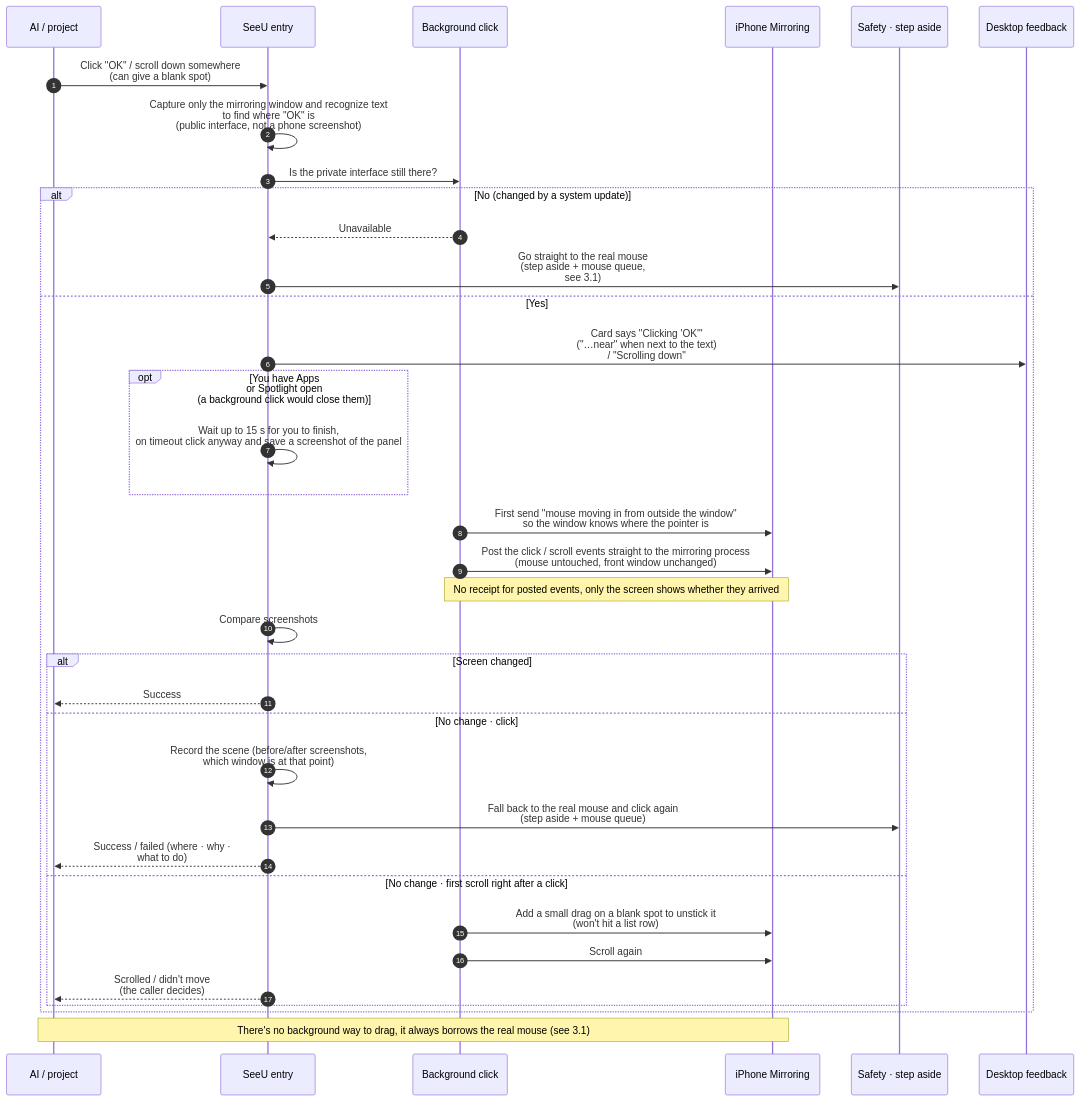
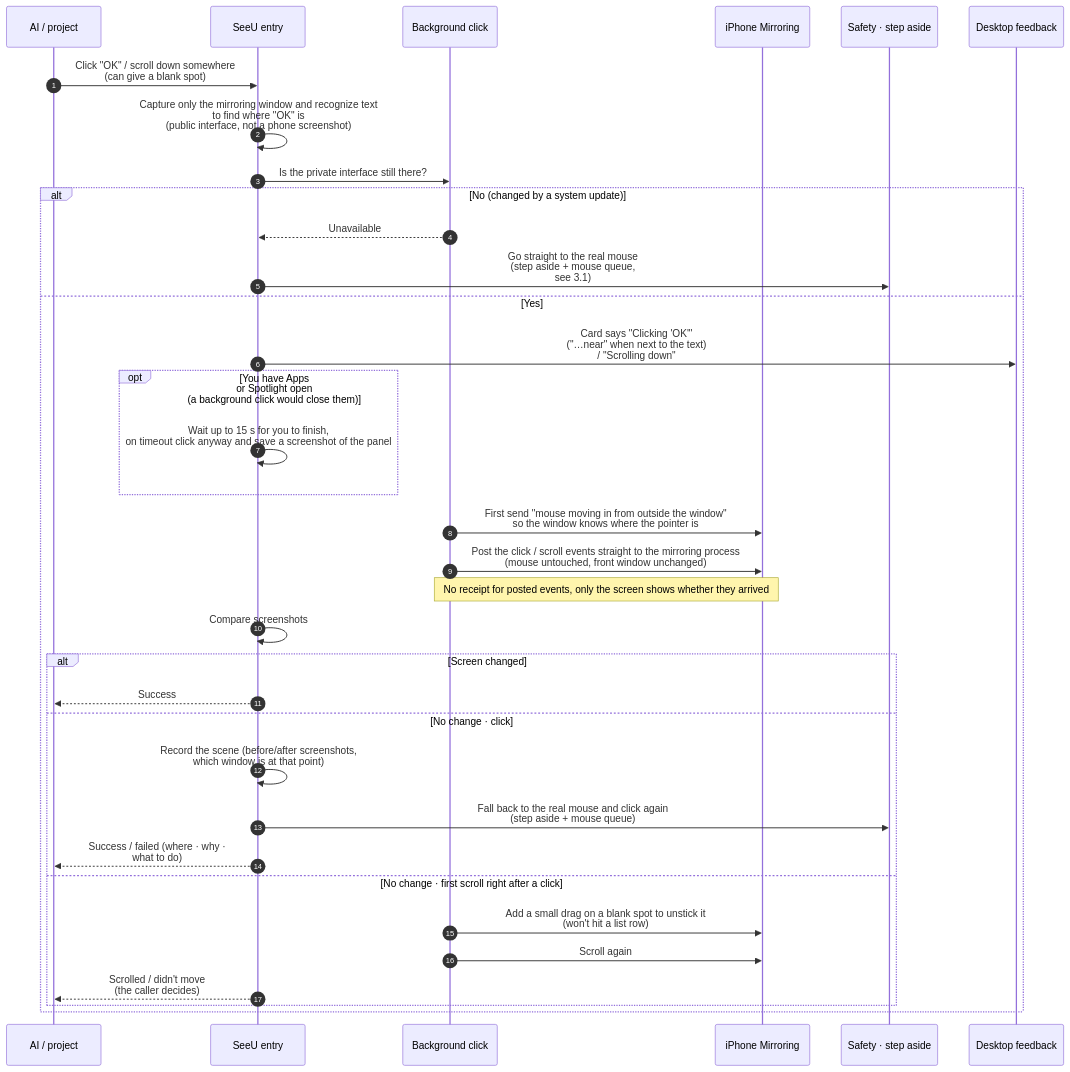
One commit to Mr-Bingoo/seeu-computeruse changed the fifth of 13 diagrams in docs/SeeU-diagrams.md. Above: the diagram before and after it, drawn with Mermaid. The commit also changed other lines of this file and 47 other files, not shown here.

````diff
--- a/docs/SeeU-diagrams.md
+++ b/docs/SeeU-diagrams.md
@@ -182,38 +227,37 @@
 ```mermaid
 sequenceDiagram
   autonumber
   participant AI as AI / project
   participant E as SeeU entry
   participant R as Background click
   participant M as iPhone Mirroring
   participant S as Safety · step aside
   participant F as Desktop feedback
   AI->>E: Click "OK" / scroll down somewhere<br/>(can give a blank spot)
   E->>E: Capture only the mirroring window and recognize text<br/>to find where "OK" is<br/>(public interface, not a phone screenshot)
   E->>R: Is the private interface still there?
   alt No (changed by a system update)
     R-->>E: Unavailable
     E->>S: Go straight to the real mouse<br/>(step aside + mouse queue,<br/>see 3.1)
   else Yes
     E->>F: Card says "Clicking 'OK'"<br/>("…near" when next to the text)<br/>/ "Scrolling down"
     opt You have Apps<br/>or Spotlight open<br/>(a background click would close them)
       E->>E: Wait up to 15 s for you to finish,<br/>on timeout click anyway and save a screenshot of the panel
     end
     R->>M: First send "mouse moving in from outside the window"<br/>so the window knows where the pointer is
     R->>M: Post the click / scroll events straight to the mirroring process<br/>(mouse untouched, front window unchanged)
     Note over R,M: No receipt for posted events, only the screen shows whether they arrived
     E->>E: Compare screenshots
     alt Screen changed
       E-->>AI: Success
     else No change · click
       E->>E: Record the scene (before/after screenshots,<br/>which window is at that point)
       E->>S: Fall back to the real mouse and click again<br/>(step aside + mouse queue)
       E-->>AI: Success / failed (where · why ·<br/>what to do)
     else No change · first scroll right after a click
       R->>M: Add a small drag on a blank spot to unstick it<br/>(won't hit a list row)
       R->>M: Scroll again
       E-->>AI: Scrolled / didn't move<br/>(the caller decides)
     end
   end
-  Note over AI,M: There's no background way to drag, it always borrows the real mouse (see 3.1)
 ```
````
